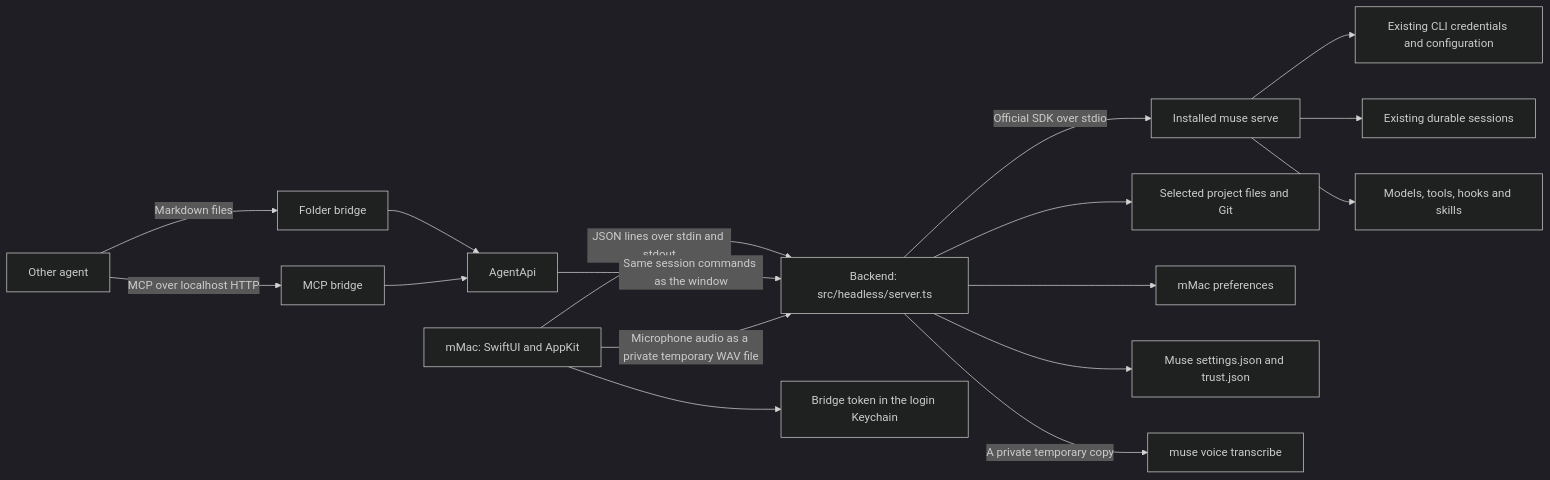
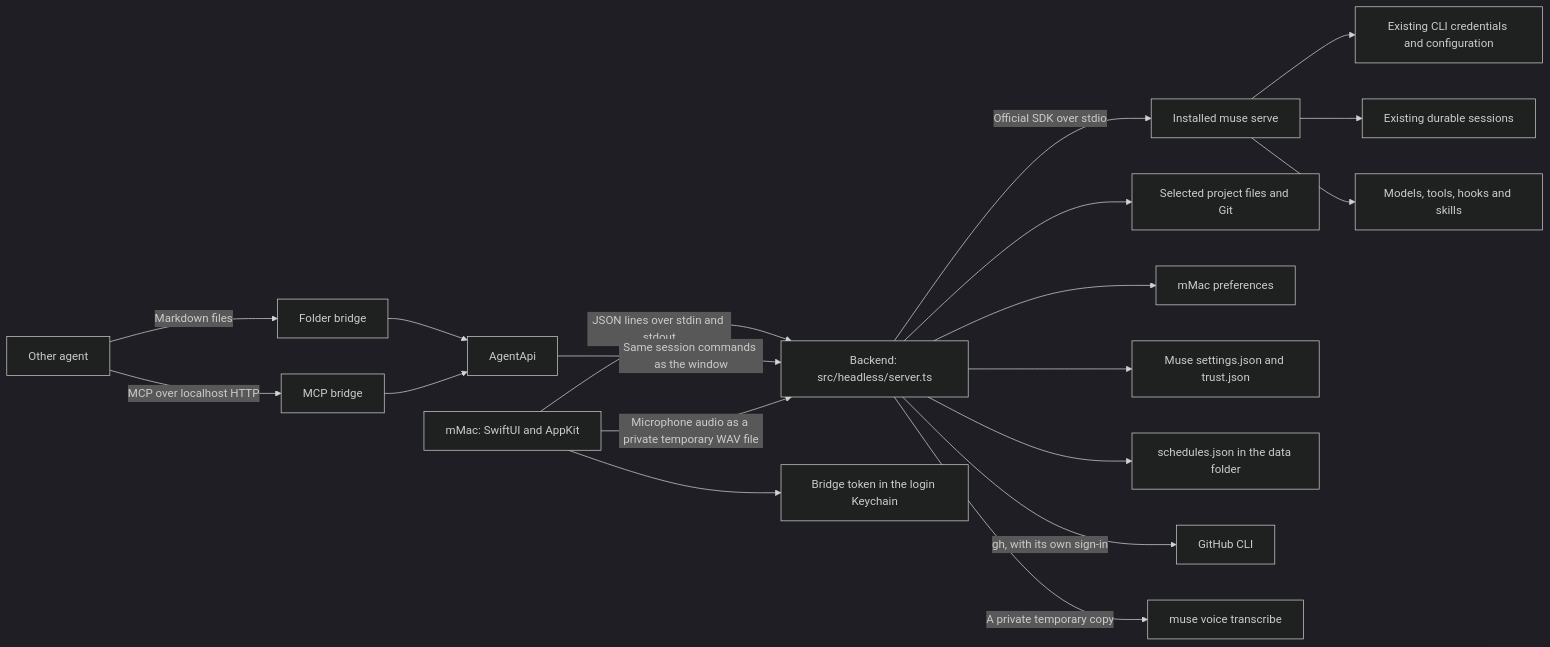
The diagram in docs/architecture.md (domalhambra/muse-desktop), drawn with Mermaid (dark theme) before and after one commit. The commit also changed other lines of this file and 8 other files, not shown here.

````diff
--- a/docs/architecture.md
+++ b/docs/architecture.md
@@ -5,19 +5,21 @@
 ```mermaid
 flowchart LR
     App[mMac: SwiftUI and AppKit] -->|JSON lines over stdin and stdout| Backend[Backend: src/headless/server.ts]
     Backend -->|Official SDK over stdio| CLI[Installed muse serve]
     CLI --> Credentials[Existing CLI credentials and configuration]
     CLI --> Sessions[Existing durable sessions]
     CLI --> Tools[Models, tools, hooks and skills]
     Backend --> Files[Selected project files and Git]
     Backend --> Preferences[mMac preferences]
     Backend --> MuseConfig[Muse settings.json and trust.json]
+    Backend --> Schedules[schedules.json in the data folder]
+    Backend -->|gh, with its own sign-in| GitHub[GitHub CLI]
     App --> Keychain[Bridge token in the login Keychain]
     Agent[Other agent] -->|Markdown files| FileBridge[Folder bridge]
     Agent -->|MCP over localhost HTTP| McpBridge[MCP bridge]
     FileBridge --> AgentApi[AgentApi]
     McpBridge --> AgentApi
     AgentApi -->|Same session commands as the window| Backend
     App -->|Microphone audio as a private temporary WAV file| Backend
     Backend -->|A private temporary copy| Voice[muse voice transcribe]
 ```
````
